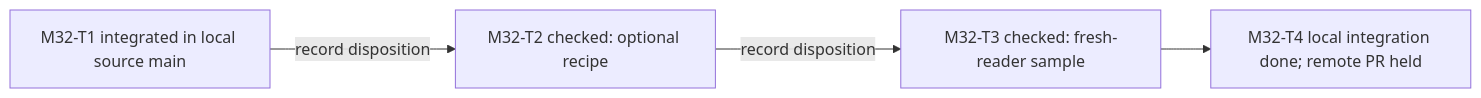
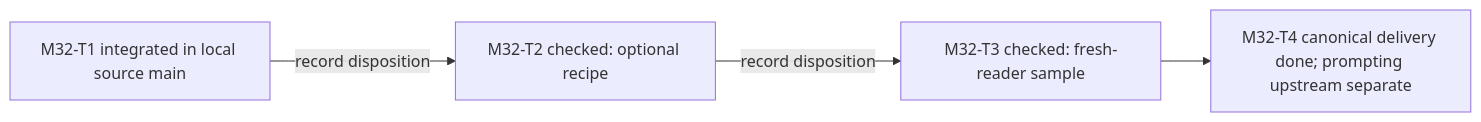
The third of 3 diagrams in examples/pm-project/ROADMAP.md (dm-uy/galaxica-sombrero), drawn with Mermaid before and after one commit. The commit also changed other lines of this file and 4 other files, not shown here.

````diff
--- a/examples/pm-project/ROADMAP.md
+++ b/examples/pm-project/ROADMAP.md
@@ -62,6 +63,6 @@
 ```mermaid
 flowchart LR
     M32T1["M32-T1 integrated in local source main"] -->|record disposition| M32T2["M32-T2 checked: optional recipe"]
     M32T2 -->|record disposition| M32T3["M32-T3 checked: fresh-reader sample"]
-    M32T3 --> M32T4["M32-T4 local integration done; remote PR held"]
+    M32T3 --> M32T4["M32-T4 canonical delivery done; prompting upstream separate"]
 ```
````
